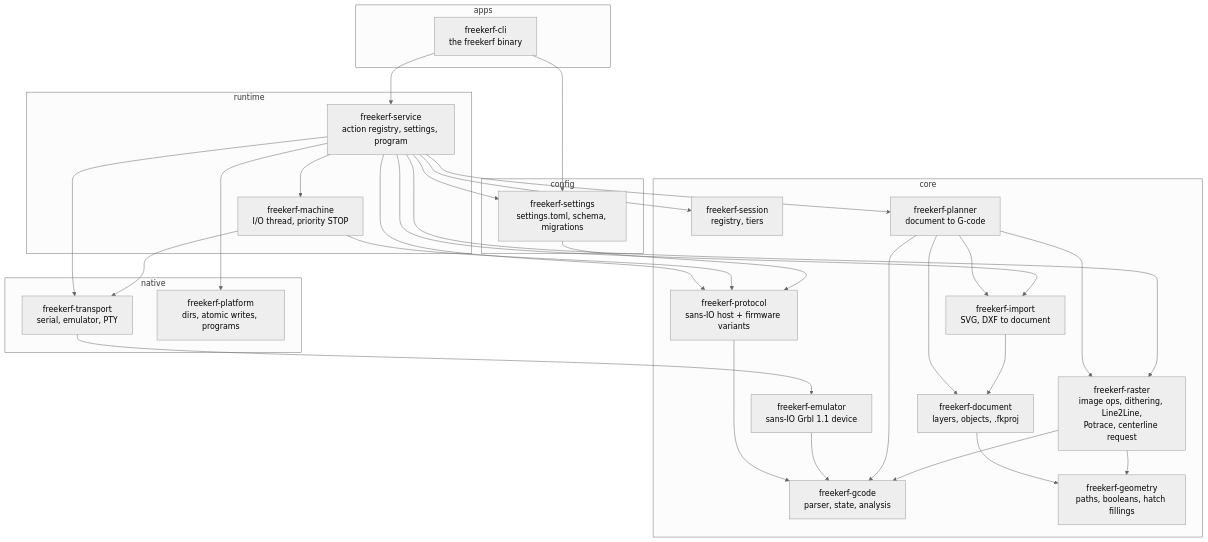
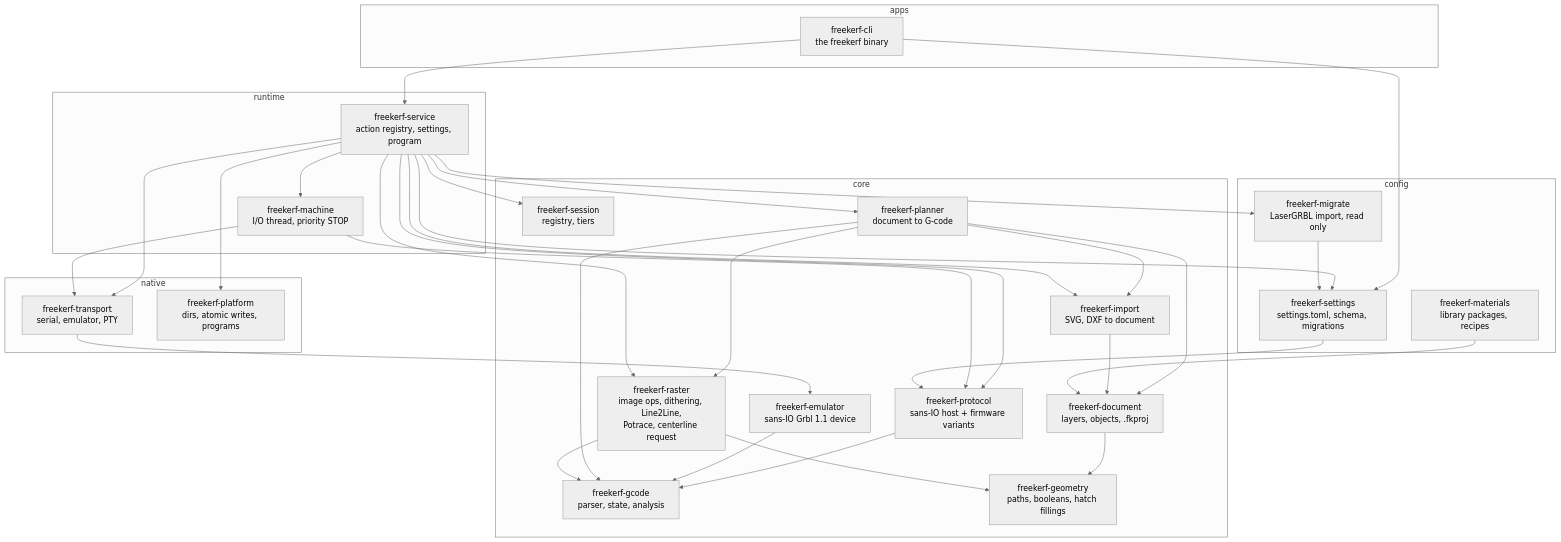
Before and after one commit to bochpsico-lang/freekerf: the first of 2 diagrams in doc/architecture.md, drawn with Mermaid (neutral theme). The commit also changed other lines of this file and 29 other files, not shown here.

First line of the commit message:
Add freekerf-materials, freekerf-migrate and freekerf migrate lasergrbl

````diff
--- a/doc/architecture.md
+++ b/doc/architecture.md
@@ -9,53 +9,58 @@
 ```mermaid
 flowchart TB
   subgraph apps
     cli[freekerf-cli<br/>the freekerf binary]
   end
   subgraph runtime
     service[freekerf-service<br/>action registry, settings, program]
     machine[freekerf-machine<br/>I/O thread, priority STOP]
   end
   subgraph native
     transport[freekerf-transport<br/>serial, emulator, PTY]
     platform[freekerf-platform<br/>dirs, atomic writes, programs]
   end
   subgraph config
     settings[freekerf-settings<br/>settings.toml, schema, migrations]
+    materials[freekerf-materials<br/>library packages, recipes]
+    migrate[freekerf-migrate<br/>LaserGRBL import, read only]
   end
   subgraph core
     session[freekerf-session<br/>registry, tiers]
     protocol[freekerf-protocol<br/>sans-IO host + firmware variants]
     gcode[freekerf-gcode<br/>parser, state, analysis]
     emulator[freekerf-emulator<br/>sans-IO Grbl 1.1 device]
     geometry[freekerf-geometry<br/>paths, booleans, hatch fillings]
     document[freekerf-document<br/>layers, objects, .fkproj]
     planner[freekerf-planner<br/>document to G-code]
     import[freekerf-import<br/>SVG, DXF to document]
     raster[freekerf-raster<br/>image ops, dithering, Line2Line,<br/>Potrace, centerline request]
   end
   cli --> service
   cli --> settings
   service --> machine
   service --> transport
   service --> platform
   service --> settings
   service --> session
   service --> protocol
   machine --> protocol
   machine --> transport
   transport --> emulator
   settings --> protocol
   protocol --> gcode
   emulator --> gcode
   document --> geometry
   planner --> document
   planner --> gcode
   planner --> raster
   planner --> import
   service --> planner
   service --> import
   import --> document
   raster --> gcode
   raster --> geometry
   service --> raster
+  service --> migrate
+  migrate --> settings
+  materials --> document
 ```
````
